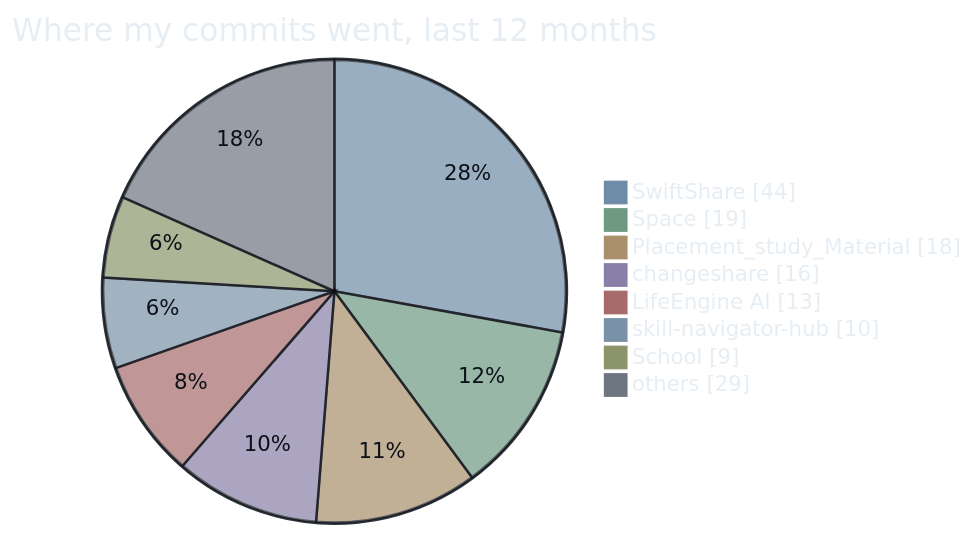
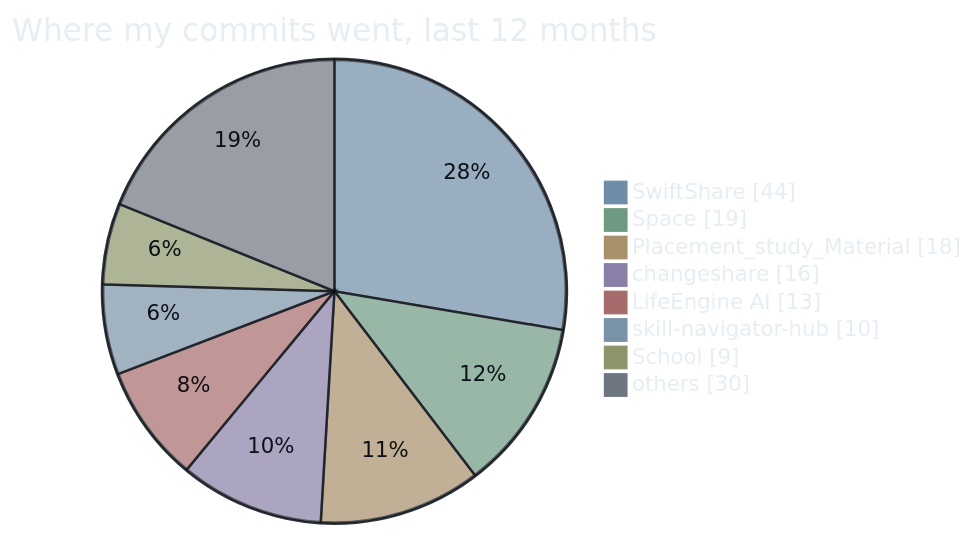
The seventh of 7 diagrams in README.md (AyushPandey510/AyushPandey510), drawn with Mermaid before and after one commit. The commit also changed other lines of this file and 9 other files, not shown here.

````diff
--- a/README.md
+++ b/README.md
@@ -187,12 +187,12 @@
 ```mermaid
 %%{init: {"theme":"base","themeVariables":{"pie1":"#6E8CA8","pie2":"#6F9A82","pie3":"#A8906A","pie4":"#8A7FA8","pie5":"#A86B6B","pie6":"#7A92A8","pie7":"#8C956A","pie8":"#6E7681","pieStrokeColor":"#0D1117","pieStrokeWidth":"2px","pieOuterStrokeColor":"#30363D","pieTitleTextColor":"#E6EDF3","pieSectionTextColor":"#0D1117","pieLegendTextColor":"#E6EDF3","fontFamily":"monospace"}}}%%
 pie showData title Where my commits went, last 12 months
     "SwiftShare" : 44
     "Space" : 19
     "Placement_study_Material" : 18
     "changeshare" : 16
     "LifeEngine AI" : 13
     "skill-navigator-hub" : 10
     "School" : 9
-    "others" : 29
+    "others" : 30
 ```
````
